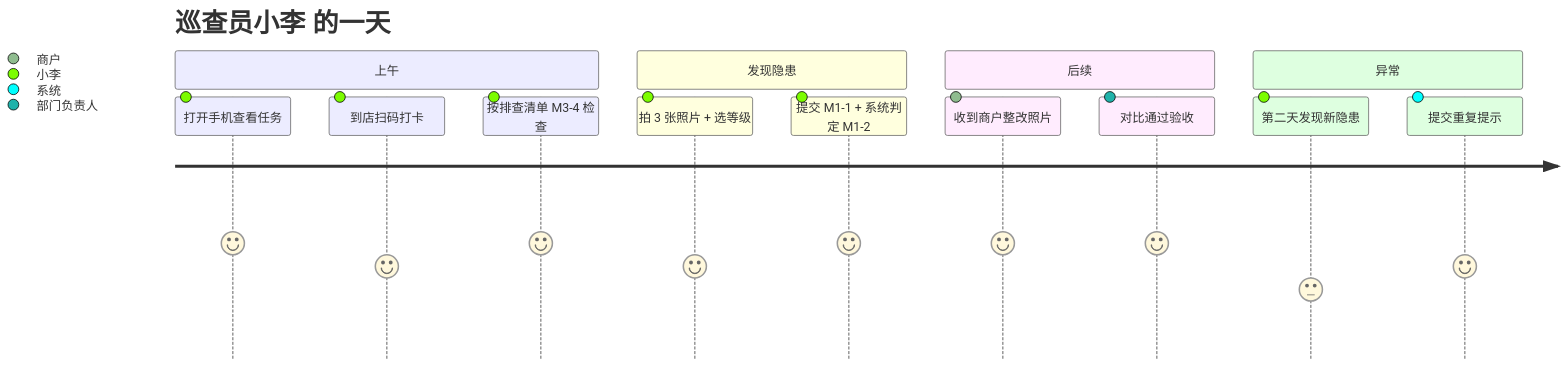
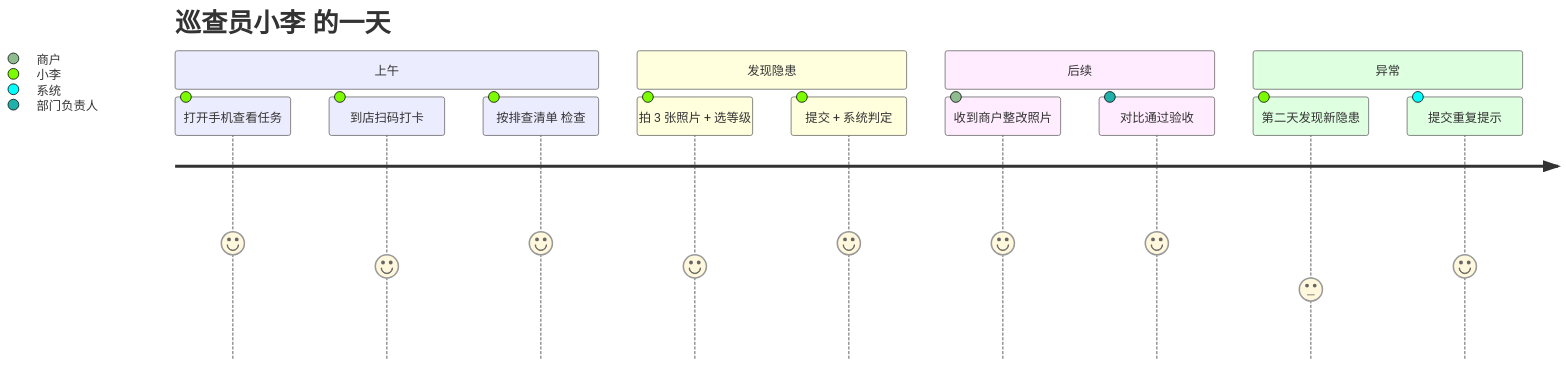
Before and after one commit to LiSunny/SaaS_Demo: the fifth of 8 diagrams in docs/隐患管理/biz-design-大纲.md, drawn with Mermaid. The commit also changed other lines of this file and 2 other files, not shown here.

````diff
--- a/docs/隐患管理/biz-design-大纲.md
+++ b/docs/隐患管理/biz-design-大纲.md
@@ -476,17 +455,17 @@
 ```mermaid
 journey
     title 巡查员小李 的一天
     section 上午
       打开手机查看任务: 5: 小李
       到店扫码打卡: 4: 小李
-      按排查清单 M3-4 检查: 5: 小李
+      按排查清单 检查: 5: 小李
     section 发现隐患
       拍 3 张照片 + 选等级: 4: 小李
-      提交 M1-1 + 系统判定 M1-2: 5: 小李
+      提交 + 系统判定: 5: 小李
     section 后续
       收到商户整改照片: 5: 商户
       对比通过验收: 5: 部门负责人
     section 异常
       第二天发现新隐患: 3: 小李
       提交重复提示: 4: 系统
 ```
````
